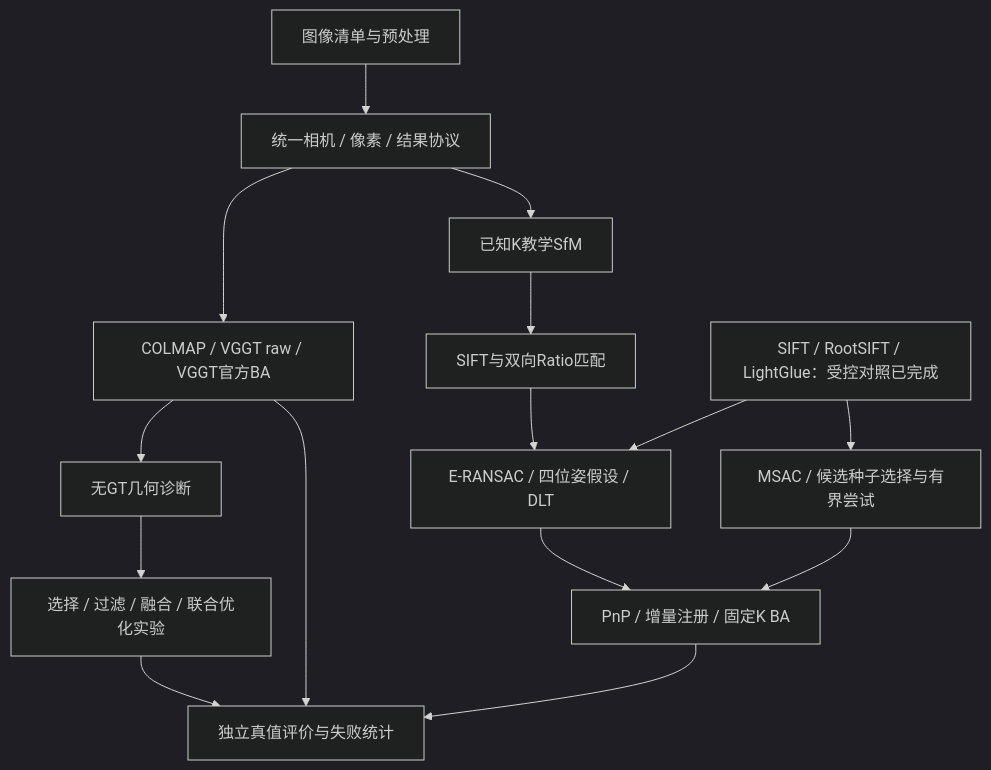
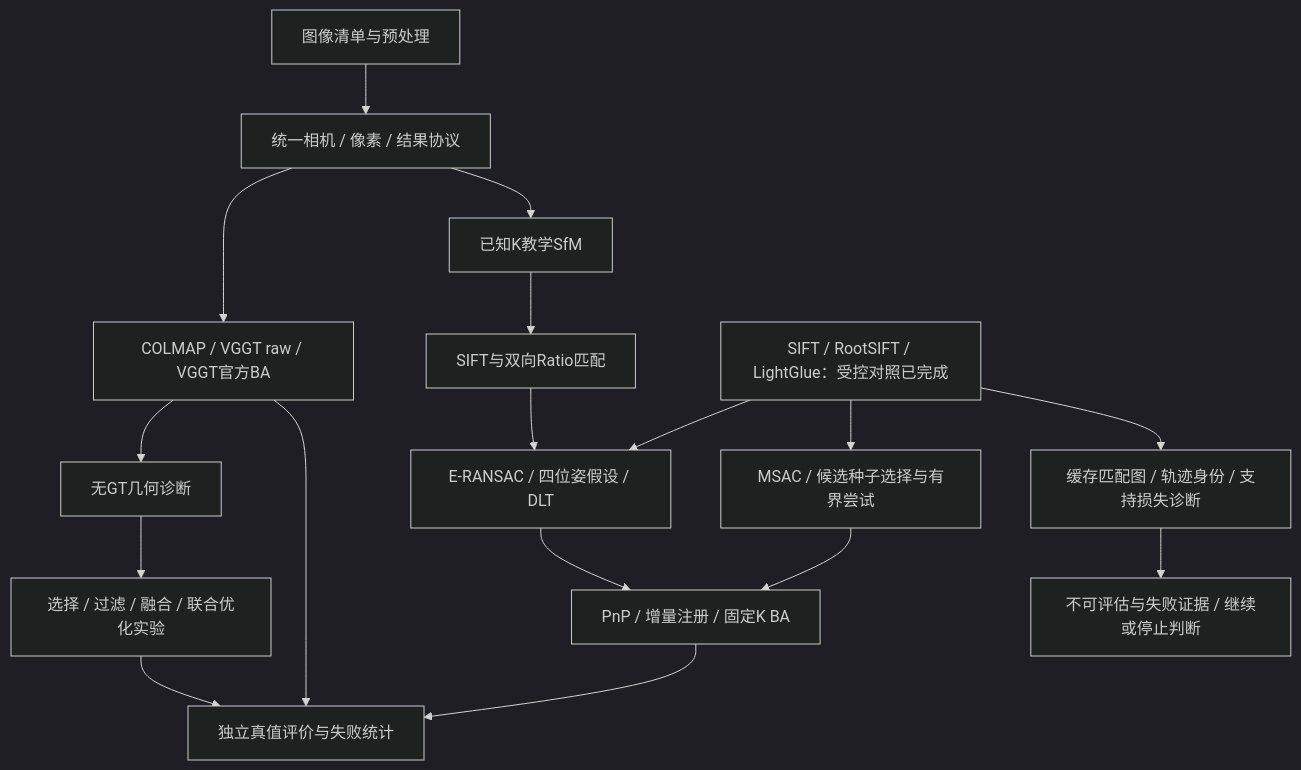
Before and after one commit to zchming/GeoRecon-Fusion: the diagram in README.md, drawn with Mermaid (dark theme). The commit also changed other lines of this file and 2 other files, not shown here.

````diff
--- a/README.md
+++ b/README.md
@@ -11,17 +33,19 @@
 ```mermaid
 flowchart TD
     I[图像清单与预处理] --> P[统一相机 / 像素 / 结果协议]
     P --> B[COLMAP / VGGT raw / VGGT官方BA]
     P --> T[已知K教学SfM]
     T --> M[SIFT与双向Ratio匹配]
     M --> E[E-RANSAC / 四位姿假设 / DLT]
     E --> R[PnP / 增量注册 / 固定K BA]
     B --> D[无GT几何诊断]
     D --> F[选择 / 过滤 / 融合 / 联合优化实验]
     B --> V[独立真值评价与失败统计]
     R --> V
     F --> V
     L[SIFT / RootSIFT / LightGlue：受控对照已完成] --> E
     L --> S[MSAC / 候选种子选择与有界尝试]
     S --> R
+    L --> C[缓存匹配图 / 轨迹身份 / 支持损失诊断]
+    C --> N[不可评估与失败证据 / 继续或停止判断]
 ```
````
